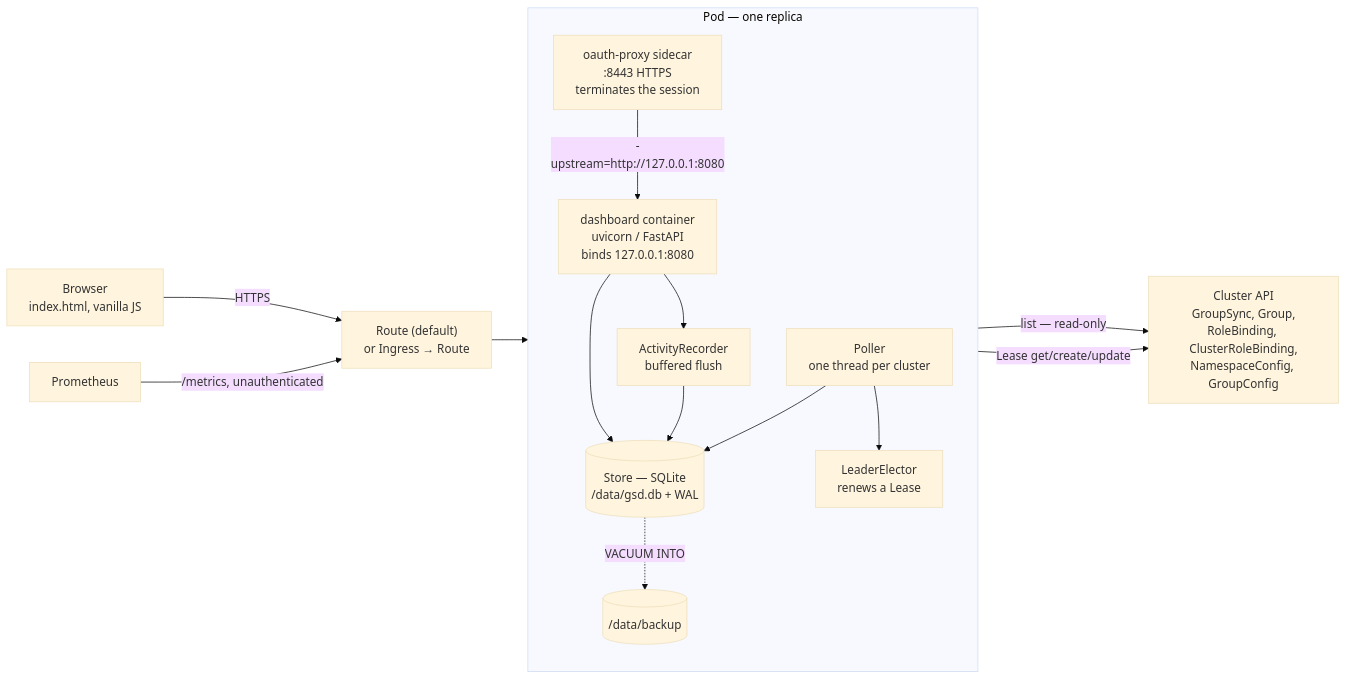
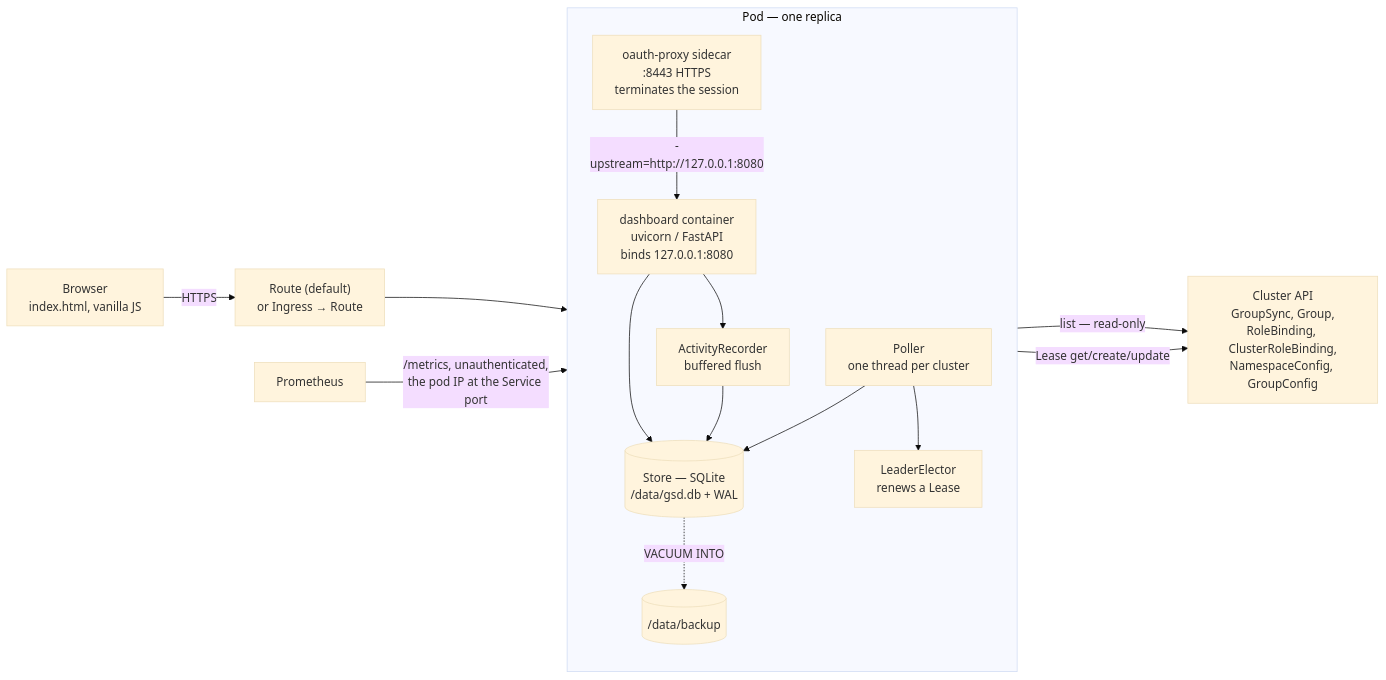
Before and after one commit to ephico2real2/group-sync-dashboard: the second of 10 diagrams in docs/guides/reference-architecture.md, drawn with Mermaid (base theme). The commit also changed other lines of this file and 2 other files, not shown here.

First line of the commit message:
docs: the reference architecture checked against the code and the lab (audit batch 5)

````diff
--- a/docs/guides/reference-architecture.md
+++ b/docs/guides/reference-architecture.md
@@ -154,29 +159,29 @@
 ```mermaid
 flowchart LR
   browser["Browser<br/>index.html, vanilla JS"] -->|HTTPS| route["Route (default)<br/>or Ingress → Route"]
-  prom["Prometheus"] -->|"/metrics, unauthenticated"| route
 
   subgraph pod["Pod — one replica"]
     direction TB
     proxy["oauth-proxy sidecar<br/>:8443 HTTPS<br/>terminates the session"]
     app["dashboard container<br/>uvicorn / FastAPI<br/>binds 127.0.0.1:8080"]
     poll["Poller<br/>one thread per cluster"]
     lease["LeaderElector<br/>renews a Lease"]
     act["ActivityRecorder<br/>buffered flush"]
     store[("Store — SQLite<br/>/data/gsd.db + WAL")]
     backup[("/data/backup")]
 
     proxy -->|"-upstream=http://127.0.0.1:8080"| app
     app --> store
     app --> act
     act --> store
     poll --> store
     poll --> lease
     store -.->|"VACUUM INTO"| backup
   end
 
   route --> proxy
+  prom["Prometheus"] -->|"/metrics, unauthenticated,<br/>the pod IP at the Service port"| proxy
   k8s["Cluster API<br/>GroupSync, Group,<br/>RoleBinding, ClusterRoleBinding,<br/>NamespaceConfig, GroupConfig"]
   poll -->|"list — read-only"| k8s
   lease -->|"Lease get/create/update"| k8s
 ```
````
